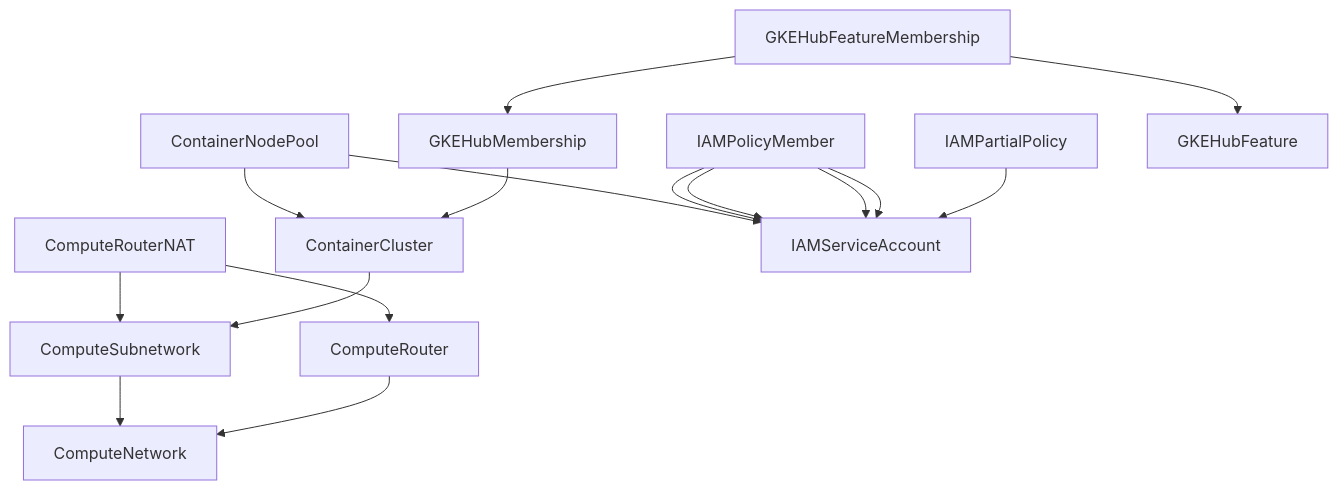
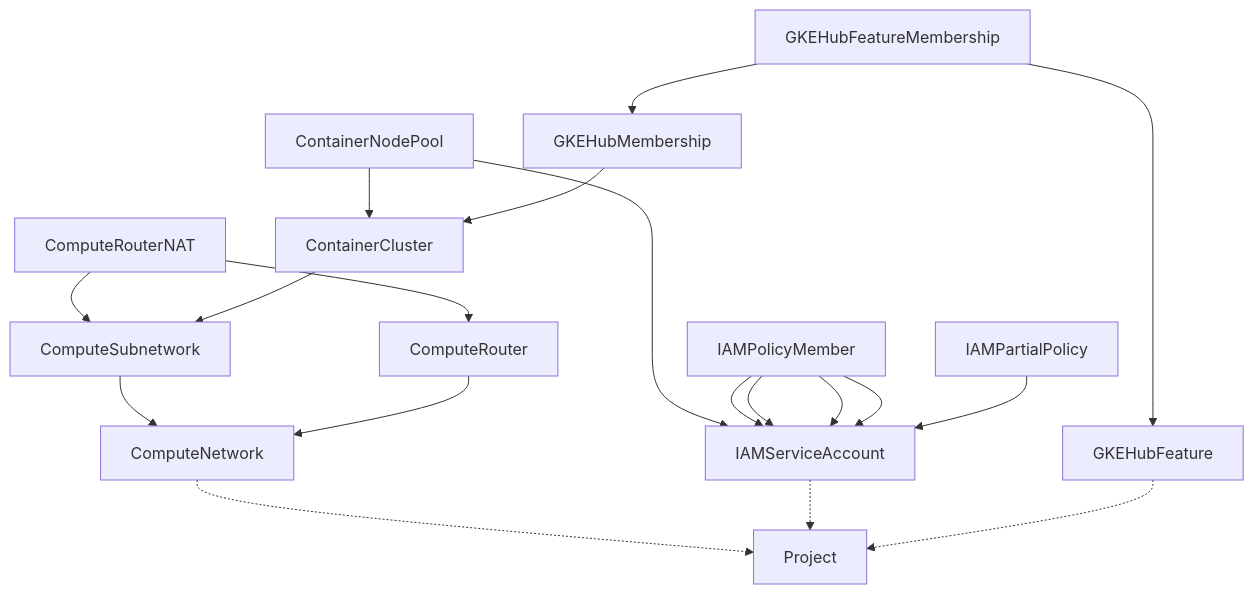
Before and after one commit to mathieu-benoit/acm-workshop: the diagram in content/gke-cluster/set-up-gke-configs-git-repo.md, drawn with Mermaid. The commit also changed 6 other files, not shown here.

Commit message:
implicit Project resources in marmaid charts

```diff
--- a/content/gke-cluster/set-up-gke-configs-git-repo.md
+++ b/content/gke-cluster/set-up-gke-configs-git-repo.md
@@ -147,18 +147,21 @@
 {{< mermaid >}}
 graph TD;
+  ComputeNetwork-.->Project
+  IAMServiceAccount-.->Project
+  GKEHubFeature-.->Project
   ComputeSubnetwork-->ComputeNetwork
   ComputeRouterNAT-->ComputeSubnetwork
   ComputeRouterNAT-->ComputeRouter
   ComputeRouter-->ComputeNetwork
   ContainerNodePool-->ContainerCluster
   ContainerNodePool-->IAMServiceAccount
   IAMPolicyMember-->IAMServiceAccount
   IAMPolicyMember-->IAMServiceAccount
   IAMPolicyMember-->IAMServiceAccount
   IAMPolicyMember-->IAMServiceAccount
   IAMPartialPolicy-->IAMServiceAccount
   ContainerCluster-->ComputeSubnetwork
   GKEHubFeatureMembership-->GKEHubMembership
   GKEHubFeatureMembership-->GKEHubFeature
   GKEHubMembership-->ContainerCluster
 {{< /mermaid >}}
```
